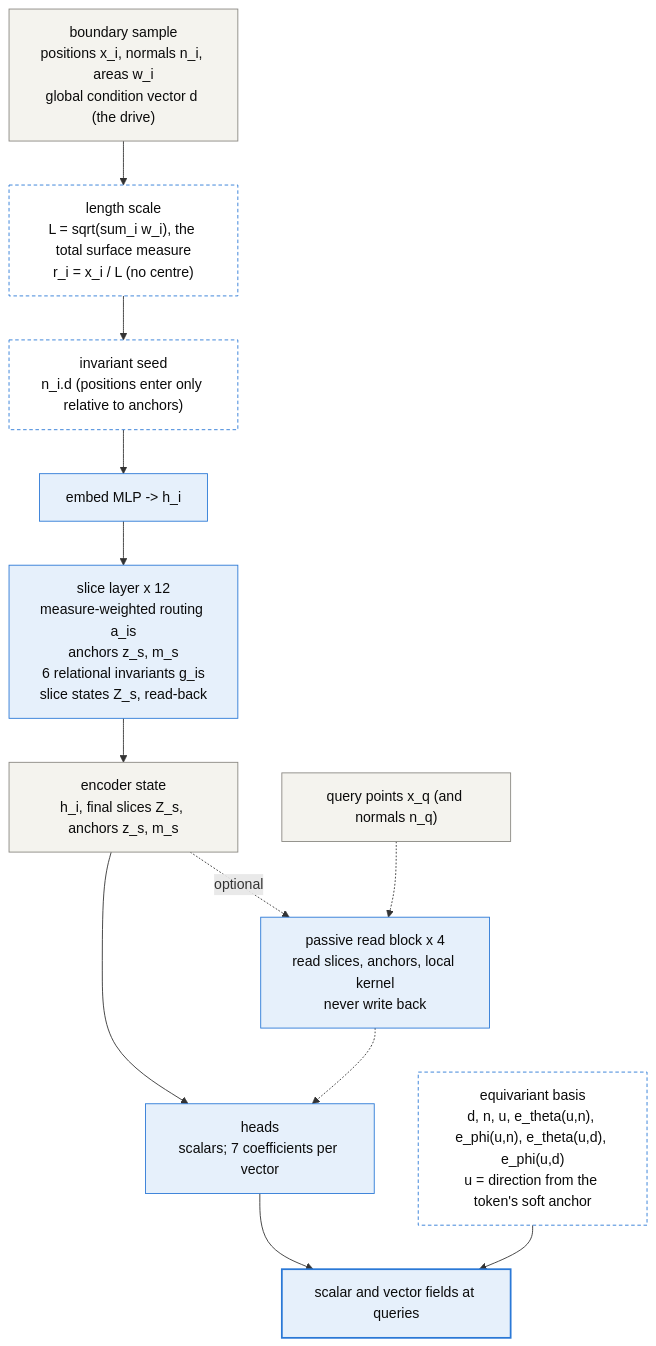
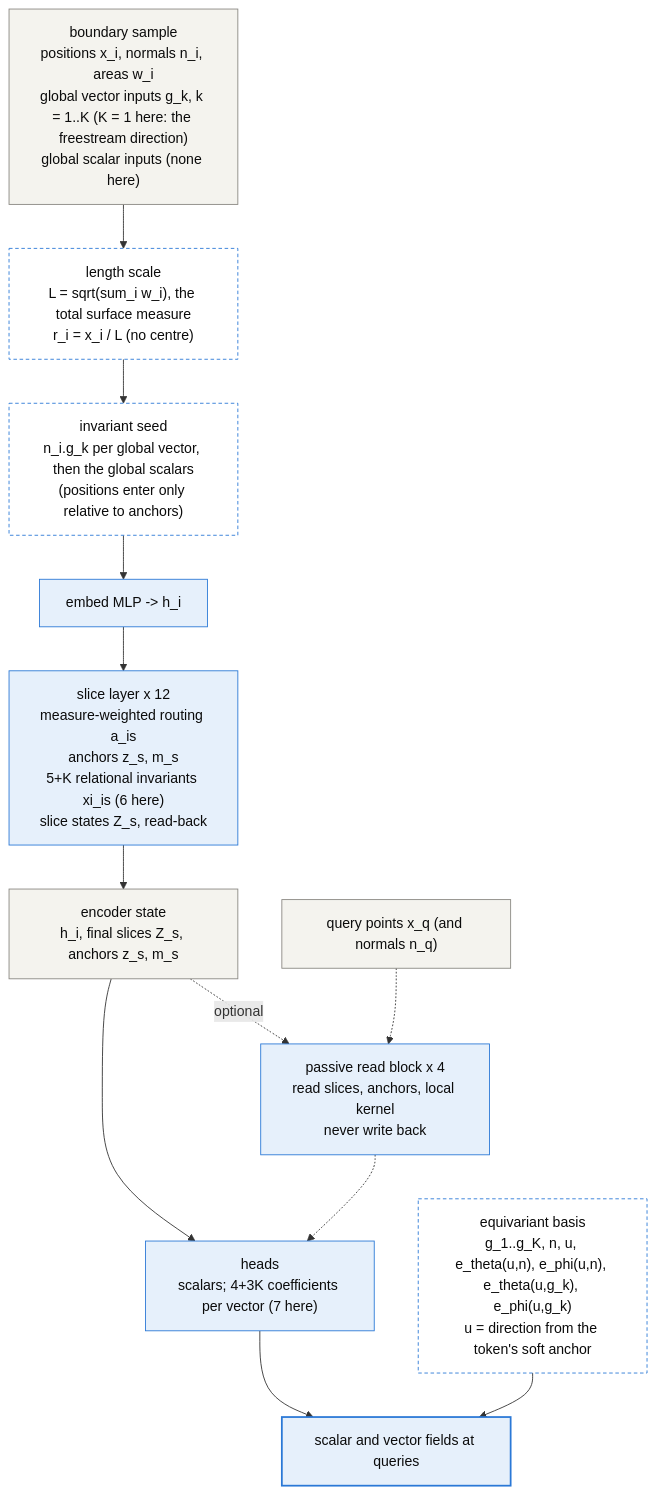
The diagram in examples/cfd/mesh_transformer/book/02-meshtransformer2.qmd (peterdsharpe/physicsnemo), drawn with Mermaid before and after one commit. The commit also changed other lines of this file and 11 other files, not shown here.

````diff
--- a/examples/cfd/mesh_transformer/book/02-meshtransformer2.qmd
+++ b/examples/cfd/mesh_transformer/book/02-meshtransformer2.qmd
@@ -87,36 +106,36 @@
 ```{mermaid}
 %%| fig-cap: >
 %%|   The ISLA forward pass. Blue stages are learned; grey boxes
 %%|   are data. The backbone (length scale through the last slice layer)
 %%|   consumes only invariant scalars; the only place a vector is
 %%|   reconstructed is the output basis. The passive decoder on the right is
 %%|   optional: in the reference configuration the surface tokens themselves
 %%|   are the queries and the heads read the encoder state directly. Not
 %%|   shown: the per-layer residual MLPs and layer norms, the gauge variants
 %%|   of @sec-mt2-variants and the optional flags of @sec-mt2-design.
 flowchart TB
     classDef data fill:#f4f3ee,stroke:#898781,color:#0b0b0b
     classDef learned fill:#e6f0fb,stroke:#2a78d6,color:#0b0b0b
     classDef fixed fill:#ffffff,stroke:#2a78d6,stroke-dasharray:4 3,color:#0b0b0b
     classDef out fill:#e6f0fb,stroke:#2a78d6,stroke-width:2px,color:#0b0b0b
 
-    A["boundary sample<br/>positions x_i, normals n_i, areas w_i<br/>global condition vector d (the drive)"]:::data
+    A["boundary sample<br/>positions x_i, normals n_i, areas w_i<br/>global vector inputs g_k, k = 1..K (K = 1 here: the freestream direction)<br/>global scalar inputs (none here)"]:::data
     B["length scale<br/>L = sqrt(sum_i w_i), the total surface measure<br/>r_i = x_i / L (no centre)"]:::fixed
-    C["invariant seed<br/>n_i.d (positions enter only relative to anchors)"]:::fixed
+    C["invariant seed<br/>n_i.g_k per global vector, then the global scalars<br/>(positions enter only relative to anchors)"]:::fixed
     D["embed MLP -> h_i"]:::learned
-    E["slice layer x 12<br/>measure-weighted routing a_is<br/>anchors z_s, m_s<br/>6 relational invariants g_is<br/>slice states Z_s, read-back"]:::learned
+    E["slice layer x 12<br/>measure-weighted routing a_is<br/>anchors z_s, m_s<br/>5+K relational invariants xi_is (6 here)<br/>slice states Z_s, read-back"]:::learned
     F["encoder state<br/>h_i, final slices Z_s, anchors z_s, m_s"]:::data
     Q["query points x_q (and normals n_q)"]:::data
     R["passive read block x 4<br/>read slices, anchors, local kernel<br/>never write back"]:::learned
-    H["heads<br/>scalars; 7 coefficients per vector"]:::learned
-    V["equivariant basis<br/>d, n, u, e_theta(u,n), e_phi(u,n), e_theta(u,d), e_phi(u,d)<br/>u = direction from the token's soft anchor"]:::fixed
+    H["heads<br/>scalars; 4+3K coefficients per vector (7 here)"]:::learned
+    V["equivariant basis<br/>g_1..g_K, n, u, e_theta(u,n), e_phi(u,n), e_theta(u,g_k), e_phi(u,g_k)<br/>u = direction from the token's soft anchor"]:::fixed
     O["scalar and vector fields at queries"]:::out
 
     A --> B --> C --> D --> E --> F
     F --> H
     F -. optional .-> R
     Q -.-> R
     R -.-> H
     H --> O
     V --> O
 ```
````
